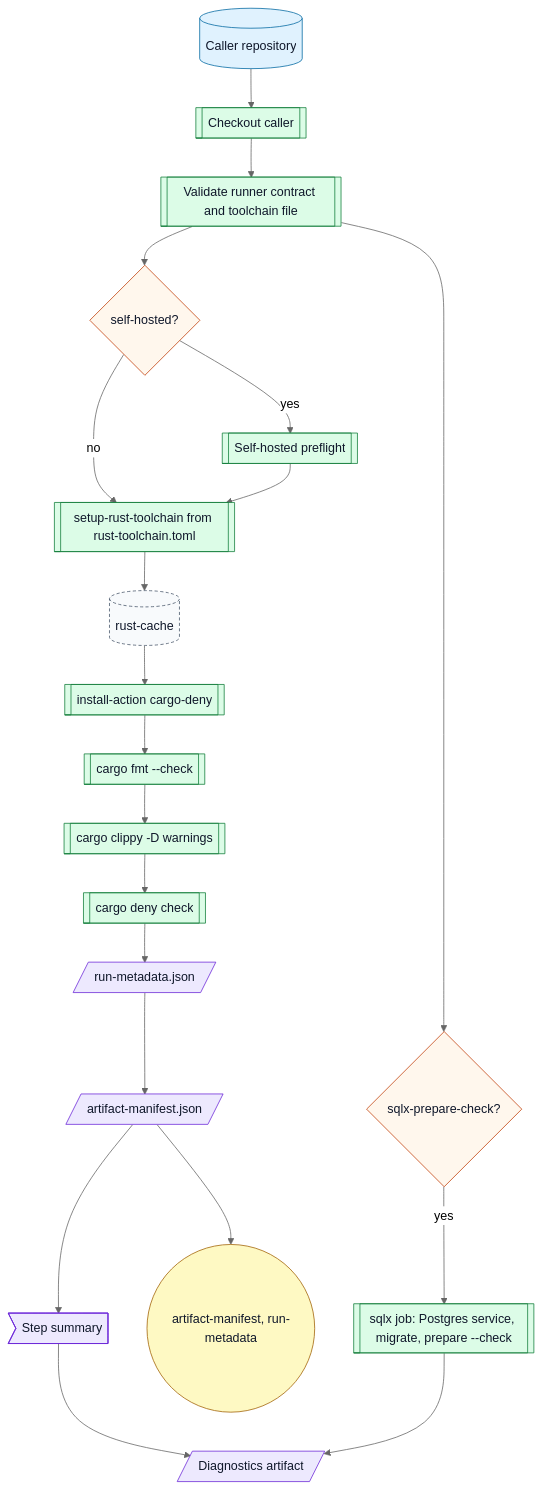
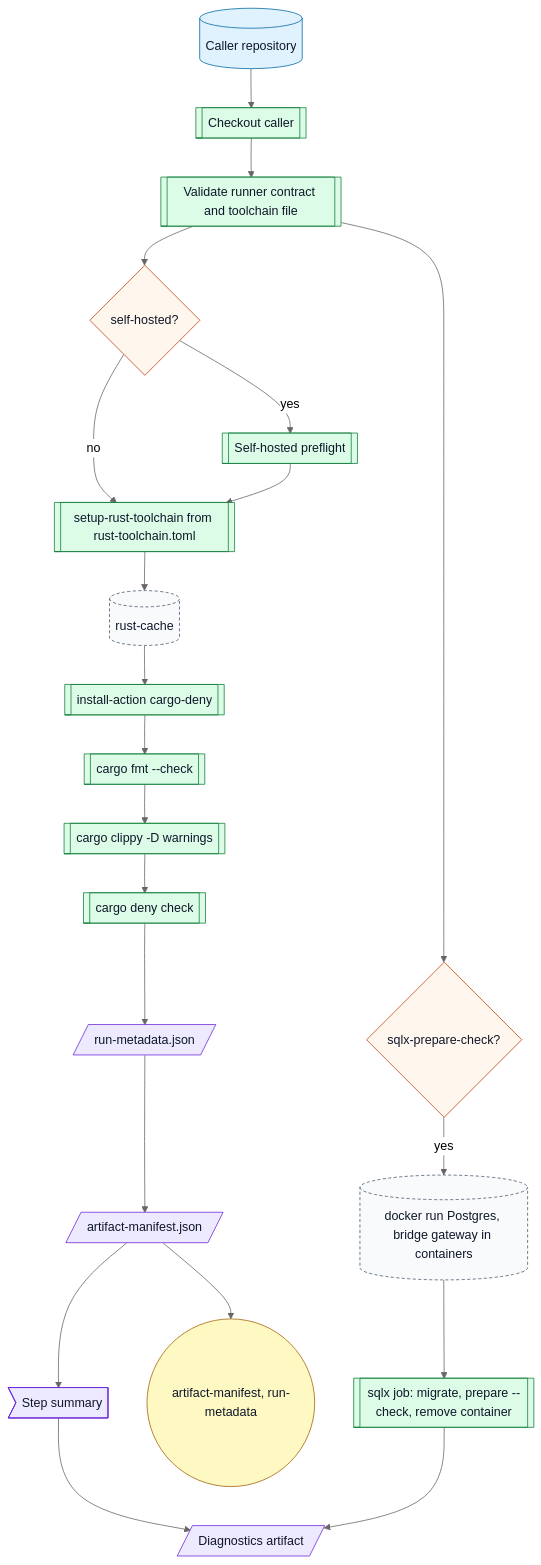
Diagram 17 of 22 in docs/workflow-catalog.md (ArkanisCorporation/ci), drawn with Mermaid (neutral theme) before and after one commit. The commit also changed other lines of this file and 48 other files, not shown here.

First line of the commit message:
fix: make artifact uploads best-effort and run the sqlx check without containers

````diff
--- a/docs/workflow-catalog.md
+++ b/docs/workflow-catalog.md
@@ -2100,34 +2113,35 @@
 ```mermaid
 flowchart TD
   caller[("Caller repository")] --> checkout[[Checkout caller]]
   checkout --> validate[[Validate runner contract and toolchain file]]
   validate --> preflight{self-hosted?}
   preflight -->|yes| sh[[Self-hosted preflight]]
   preflight -->|no| toolchain[[setup-rust-toolchain from rust-toolchain.toml]]
   sh --> toolchain
   toolchain --> cache[("rust-cache")]
   cache --> tools[[install-action cargo-deny]]
   tools --> fmt[[cargo fmt --check]]
   fmt --> clippy[[cargo clippy -D warnings]]
   clippy --> deny[[cargo deny check]]
   deny --> metadata[/run-metadata.json/]
   metadata --> manifest[/artifact-manifest.json/]
   manifest --> summary>Step summary]
   summary --> diagnostics[/Diagnostics artifact/]
   manifest --> outputs(("artifact-manifest, run-metadata"))
   validate --> sqlxGate{sqlx-prepare-check?}
-  sqlxGate -->|yes| sqlx[[sqlx job: Postgres service, migrate, prepare --check]]
+  sqlxGate -->|yes| pg[("docker run Postgres, bridge gateway in containers")]
+  pg --> sqlx[[sqlx job: migrate, prepare --check, remove container]]
   sqlx --> diagnostics
   classDef repo fill:#e0f2fe,stroke:#0369a1,color:#0f172a
   classDef action fill:#dcfce7,stroke:#15803d,color:#0f172a
   classDef decision fill:#fff7ed,stroke:#c2410c,color:#0f172a
   classDef artifact fill:#ede9fe,stroke:#6d28d9,color:#0f172a
   classDef output fill:#fef9c3,stroke:#a16207,color:#0f172a
   classDef external fill:#f8fafc,stroke:#475569,stroke-dasharray: 4 3,color:#0f172a
   class caller repo
   class checkout,validate,sh,toolchain,tools,fmt,clippy,deny,sqlx action
   class preflight,sqlxGate decision
   class metadata,manifest,summary,diagnostics artifact
   class outputs output
-  class cache external
+  class cache,pg external
 ```
````
